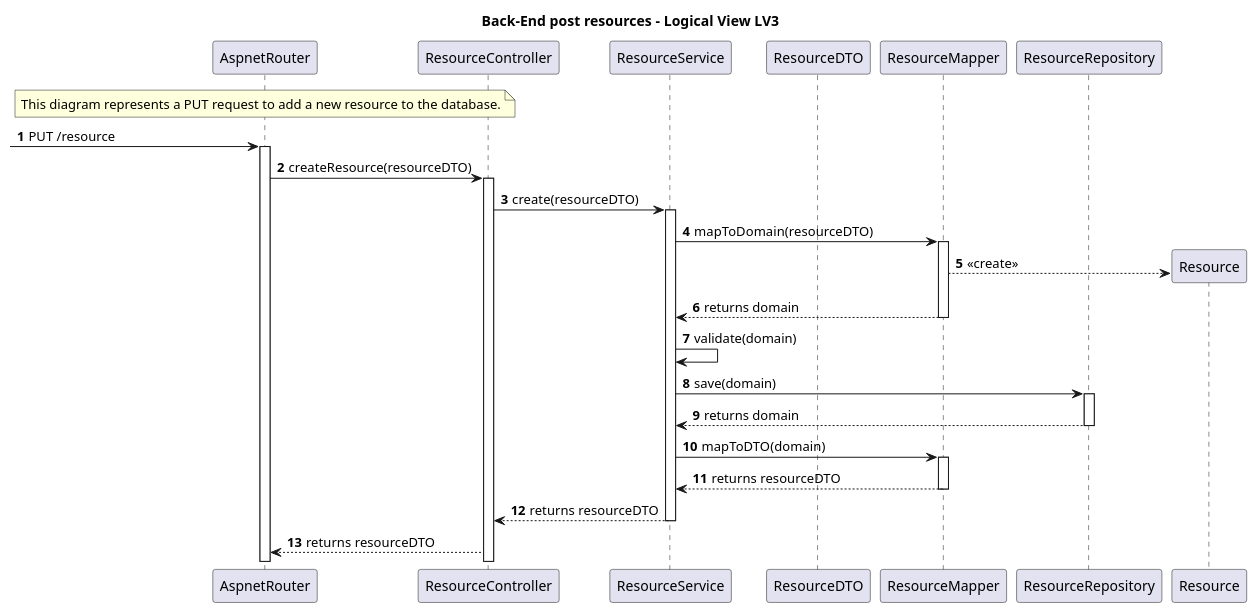
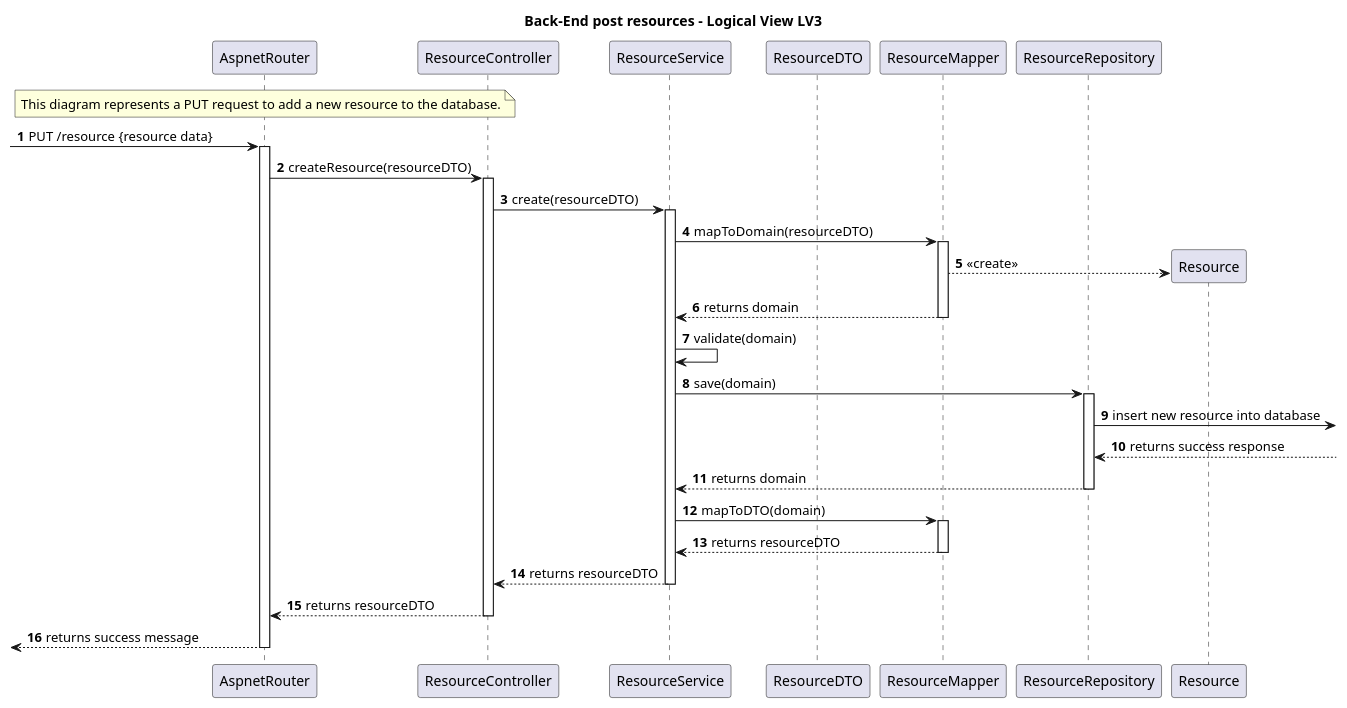
One commit to Saquinho74/LAPR5 changed the diagram in Docs/SprintA/global_artifacts/generic_POST/level3/genericPUTLevel3.puml. Above: the diagram before and after it, drawn with PlantUML. The commit also changed 2 other files, not shown here.

Commit message:
Generic PUT and GET level 2 and 3 documentation updated

```diff
--- a/Docs/SprintA/global_artifacts/generic_POST/level3/genericPUTLevel3.puml
+++ b/Docs/SprintA/global_artifacts/generic_POST/level3/genericPUTLevel3.puml
@@ -1,49 +1,67 @@
 @startuml
 autonumber
 skinparam packageStyle rect
 
 title Back-End post resources - Logical View LV3
 
 participant AspnetRouter as router
 participant ResourceController as ctrl
 participant ResourceService as service
 participant ResourceDTO as dto
 participant ResourceMapper as mapper
 participant ResourceRepository as repo
 participant Resource as domain
 
 
 
 note over router
 This diagram represents a PUT request to add a new resource to the database.
 end note
 
 
--> router: PUT /resource
+-> router: PUT /resource {resource data}
 activate router
 router -> ctrl: createResource(resourceDTO)
 activate ctrl
 ctrl -> service: create(resourceDTO)
 activate service
 service -> mapper: mapToDomain(resourceDTO)
 activate mapper
 mapper --> domain** : <<create>>
 mapper --> service : returns domain
 deactivate mapper
 service -> service: validate(domain)
 service -> repo: save(domain)
+
 activate repo
+
+
+repo -> : insert new resource into database
+
+repo <-- : returns success response
+
+
+
+
+
 repo --> service : returns domain
 deactivate repo
 service -> mapper: mapToDTO(domain)
 activate mapper
 mapper --> service : returns resourceDTO
 deactivate mapper
 service --> ctrl : returns resourceDTO
+
 deactivate service
 ctrl --> router : returns resourceDTO
+
+deactivate ctrl
+
+ <-- router  : returns success message
+
+ deactivate router
 
 
 
 
 @enduml
```
